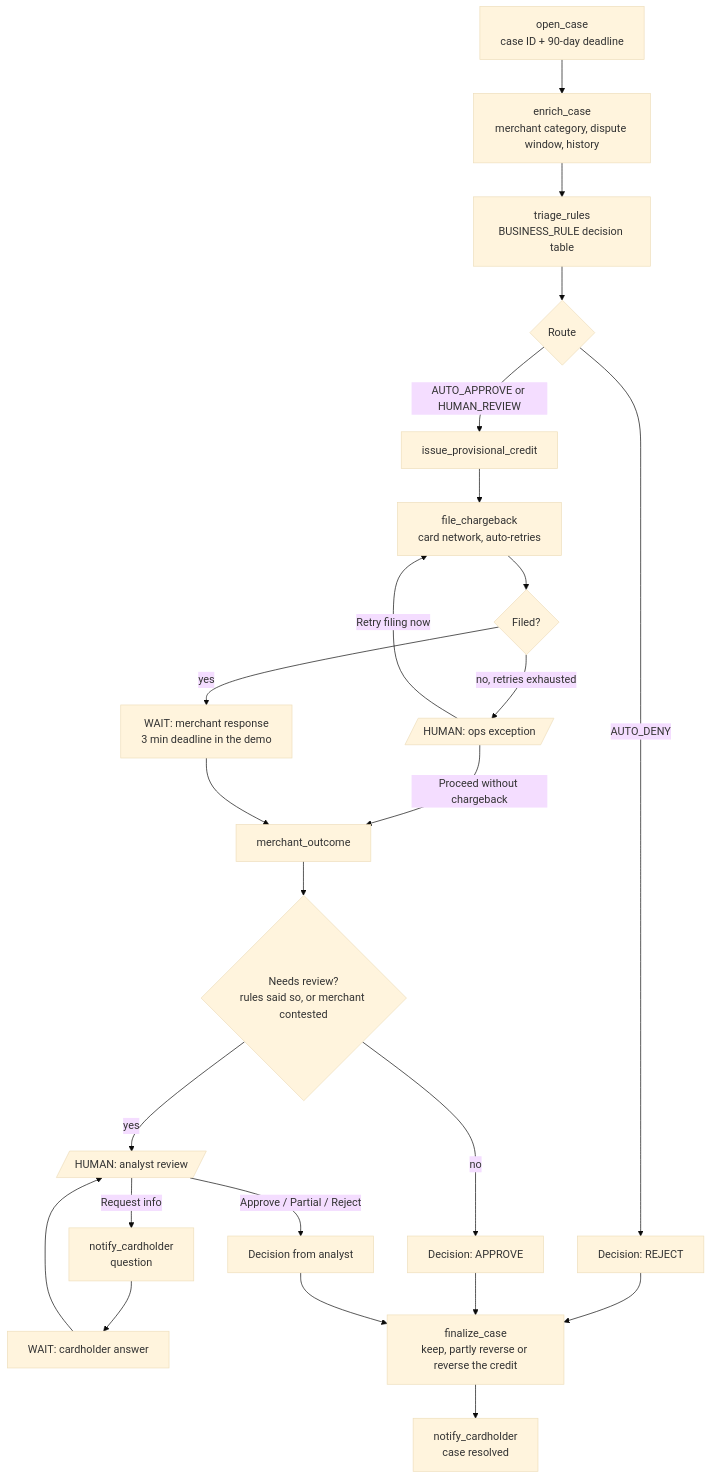
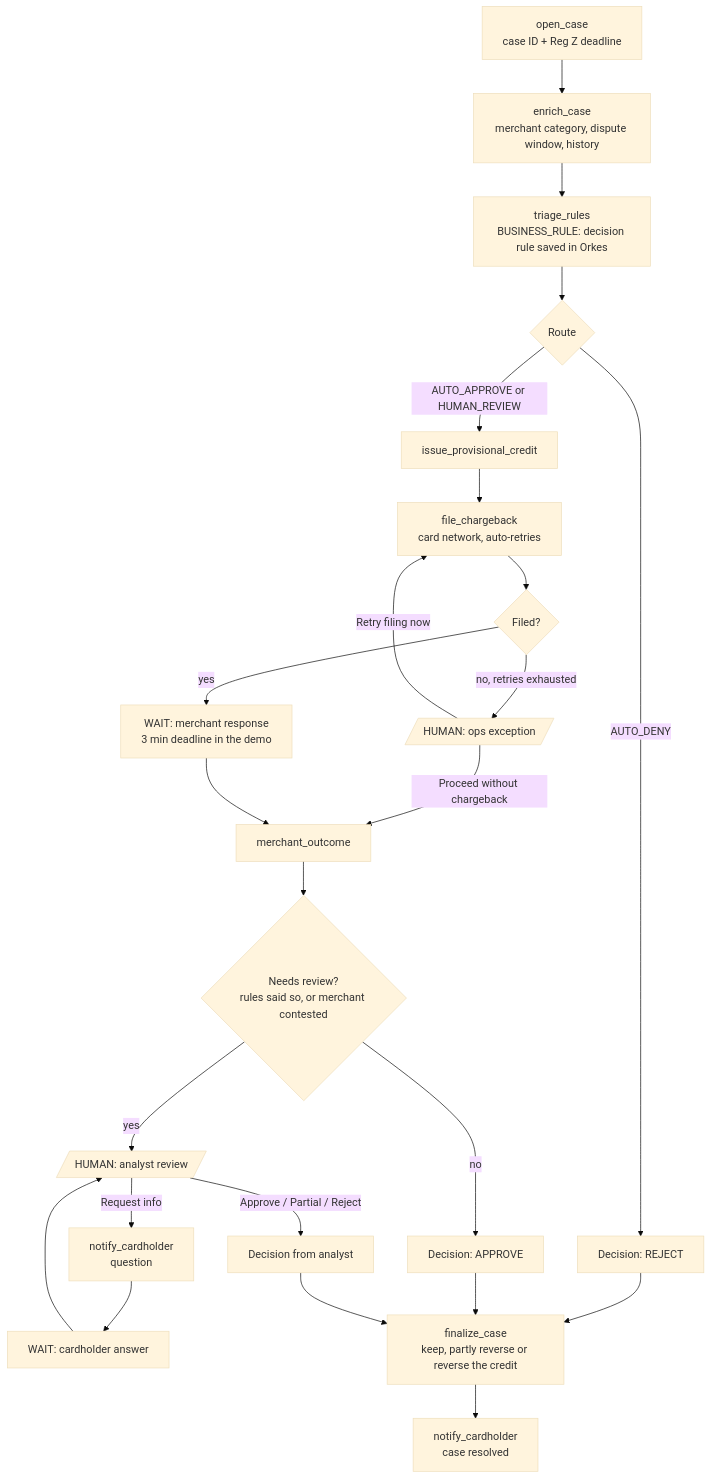
Before and after one commit to mangatrai/conductor-demos: the third of 5 diagrams in dispute_demo/README.md, drawn with Mermaid (base theme). The commit also changed other lines of this file and 28 other files, not shown here.

First line of the commit message:
dispute_demo: one-screen live console, rules saved in Orkes, new README

````diff
--- a/dispute_demo/README.md
+++ b/dispute_demo/README.md
@@ -96,26 +96,26 @@
 ```mermaid
 flowchart TD
-  open["open_case<br/>case ID + 90-day deadline"] --> enrich["enrich_case<br/>merchant category, dispute window, history"]
-  enrich --> rules["triage_rules<br/>BUSINESS_RULE decision table"]
+  open["open_case<br/>case ID + Reg Z deadline"] --> enrich["enrich_case<br/>merchant category, dispute window, history"]
+  enrich --> rules["triage_rules<br/>BUSINESS_RULE: decision rule saved in Orkes"]
   rules --> route{"Route"}
   route -- AUTO_DENY --> reject["Decision: REJECT"]
   route -- "AUTO_APPROVE or HUMAN_REVIEW" --> credit["issue_provisional_credit"]
   credit --> file["file_chargeback<br/>card network, auto-retries"]
   file --> filed{"Filed?"}
   filed -- "no, retries exhausted" --> ops[/"HUMAN: ops exception"/]
   ops -- "Retry filing now" --> file
   ops -- "Proceed without chargeback" --> outcome
   filed -- yes --> merchant["WAIT: merchant response<br/>3 min deadline in the demo"]
   merchant --> outcome["merchant_outcome"]
   outcome --> review{"Needs review?<br/>rules said so, or merchant contested"}
   review -- no --> approve["Decision: APPROVE"]
   review -- yes --> analyst[/"HUMAN: analyst review"/]
   analyst -- "Request info" --> ask["notify_cardholder<br/>question"]
   ask --> answer["WAIT: cardholder answer"]
   answer --> analyst
   analyst -- "Approve / Partial / Reject" --> decided["Decision from analyst"]
   reject --> finalize["finalize_case<br/>keep, partly reverse or reverse the credit"]
   approve --> finalize
   decided --> finalize
   finalize --> letter["notify_cardholder<br/>case resolved"]
 ```
````
